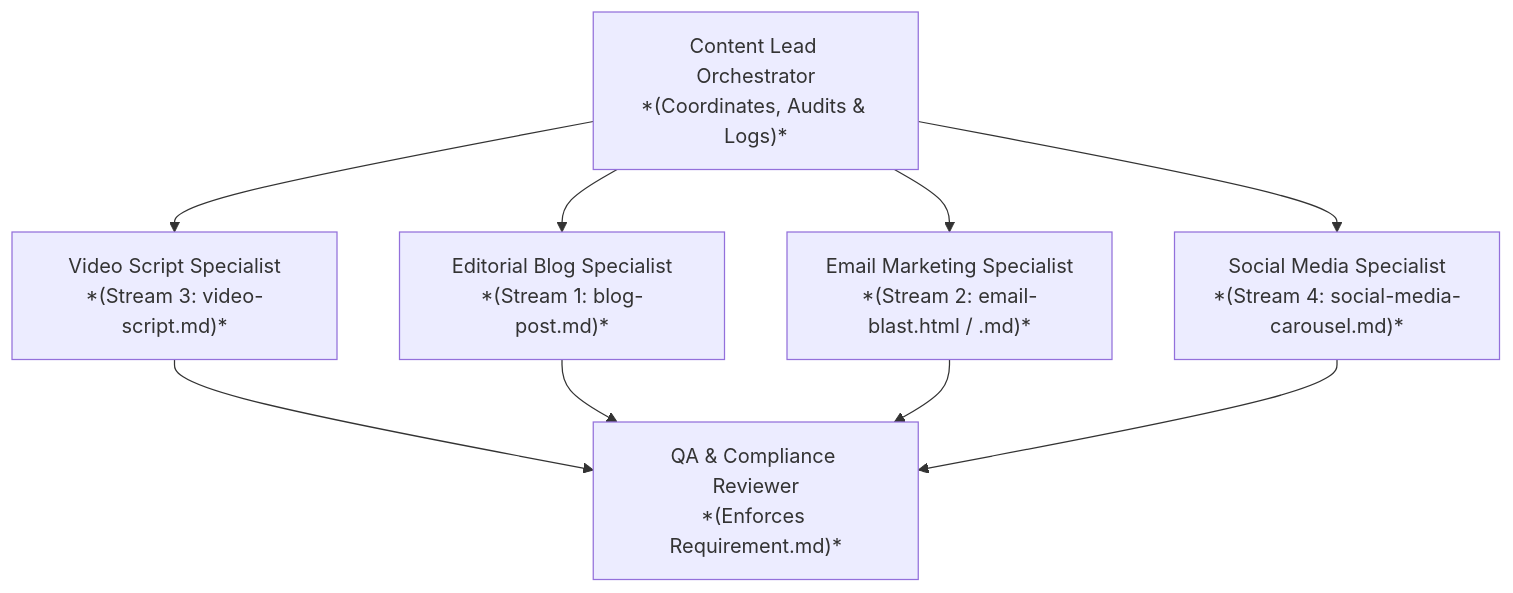
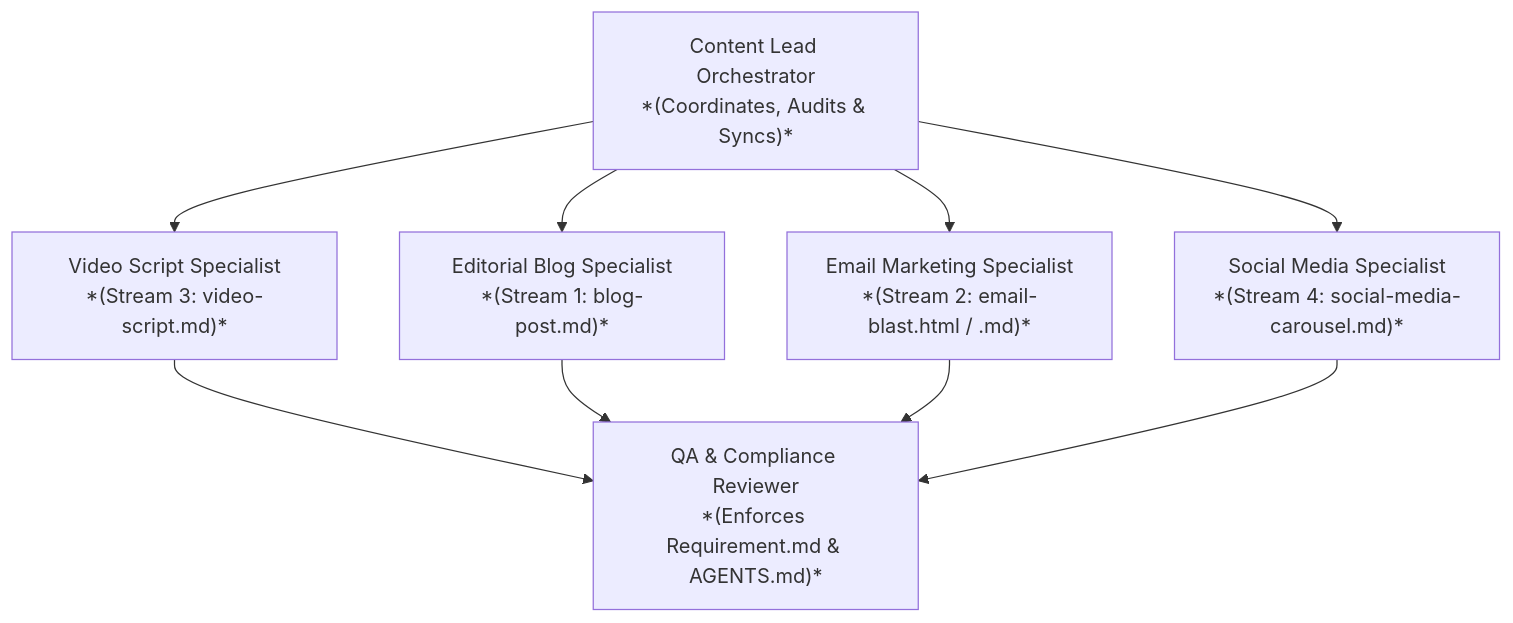
Before and after one commit to ifeanyireed/9mm: the diagram in AGENT/Content-Lead-Agent.md, drawn with Mermaid. The commit also changed other lines of this file and 126 other files, not shown here.

Commit message:
feat(reeval): complete Week-03 and Week-04 re-evaluations across Sprints 01-12, unify AGENTS/AGENT docs, and sync Content Hub

````diff
--- a/AGENT/Content-Lead-Agent.md
+++ b/AGENT/Content-Lead-Agent.md
@@ -75,12 +85,12 @@
 ```mermaid
 graph TD
-    Lead["Content Lead Orchestrator<br>*(Coordinates, Audits & Logs)*"]
+    Lead["Content Lead Orchestrator<br>*(Coordinates, Audits & Syncs)*"]
     Lead --> V["Video Script Specialist<br>*(Stream 3: video-script.md)*"]
     Lead --> B["Editorial Blog Specialist<br>*(Stream 1: blog-post.md)*"]
     Lead --> E["Email Marketing Specialist<br>*(Stream 2: email-blast.html / .md)*"]
     Lead --> S["Social Media Specialist<br>*(Stream 4: social-media-carousel.md)*"]
-    V --> QA["QA & Compliance Reviewer<br>*(Enforces Requirement.md)*"]
+    V --> QA["QA & Compliance Reviewer<br>*(Enforces Requirement.md & AGENTS.md)*"]
     B --> QA
     E --> QA
     S --> QA
 ```
````
